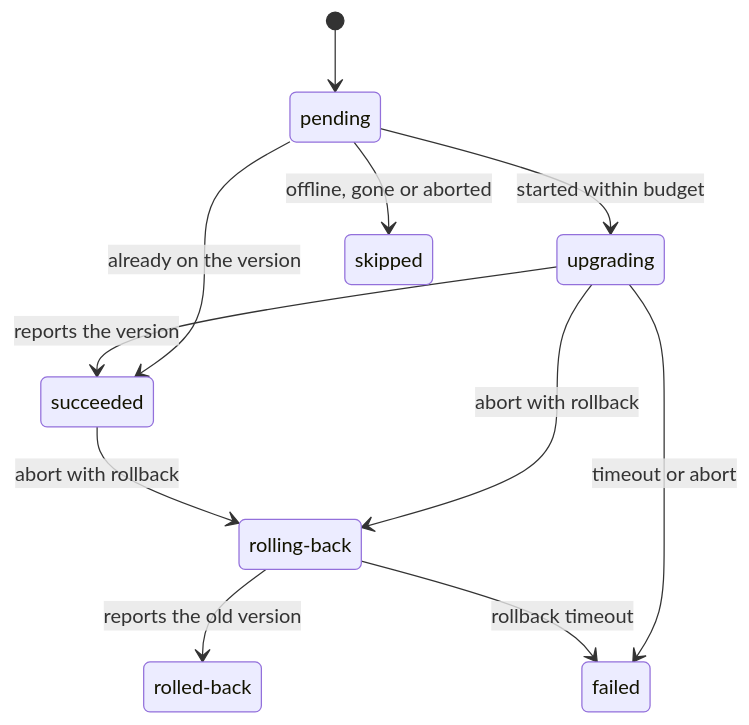
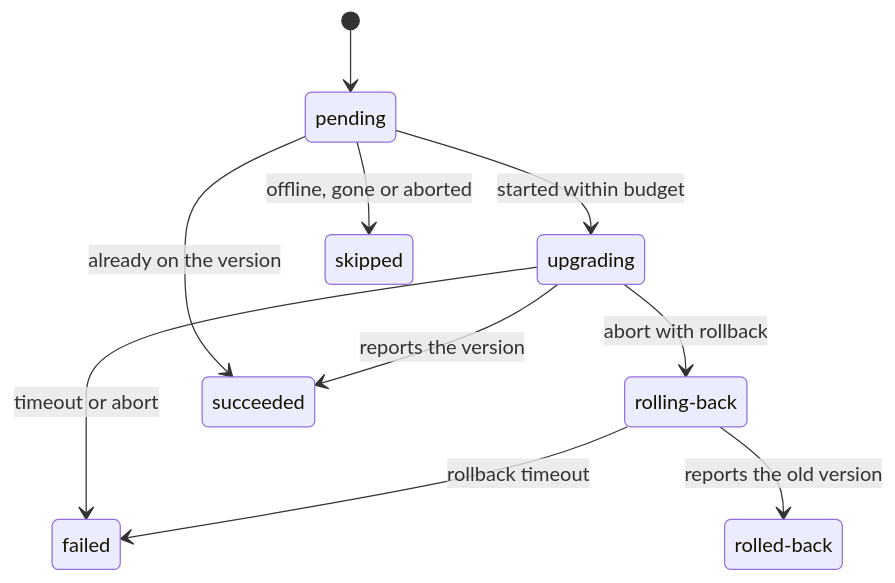
The second of 2 diagrams in apps/docs/content/docs/guides/rollouts.mdx (Better-Compute/better-compute), drawn with Mermaid before and after one commit. The commit also changed other lines of this file and 32 other files, not shown here.

````diff
--- a/apps/docs/content/docs/guides/rollouts.mdx
+++ b/apps/docs/content/docs/guides/rollouts.mdx
@@ -271,15 +278,14 @@
 ```mermaid
 stateDiagram-v2
   state "rolling-back" as rollingBack
   state "rolled-back" as rolledBack
   [*] --> pending
   pending --> upgrading: started within budget
   pending --> succeeded: already on the version
   pending --> skipped: offline, gone or aborted
   upgrading --> succeeded: reports the version
   upgrading --> failed: timeout or abort
   upgrading --> rollingBack: abort with rollback
-  succeeded --> rollingBack: abort with rollback
   rollingBack --> rolledBack: reports the old version
   rollingBack --> failed: rollback timeout
 ```
````
